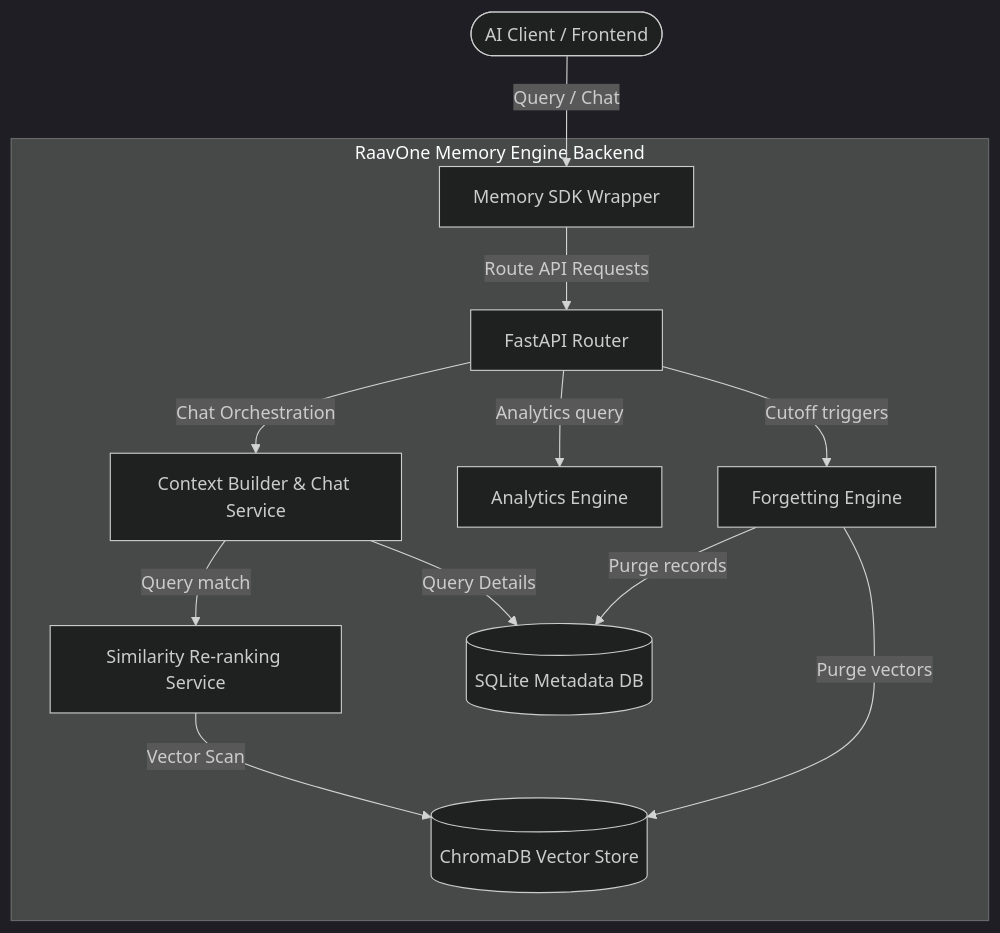
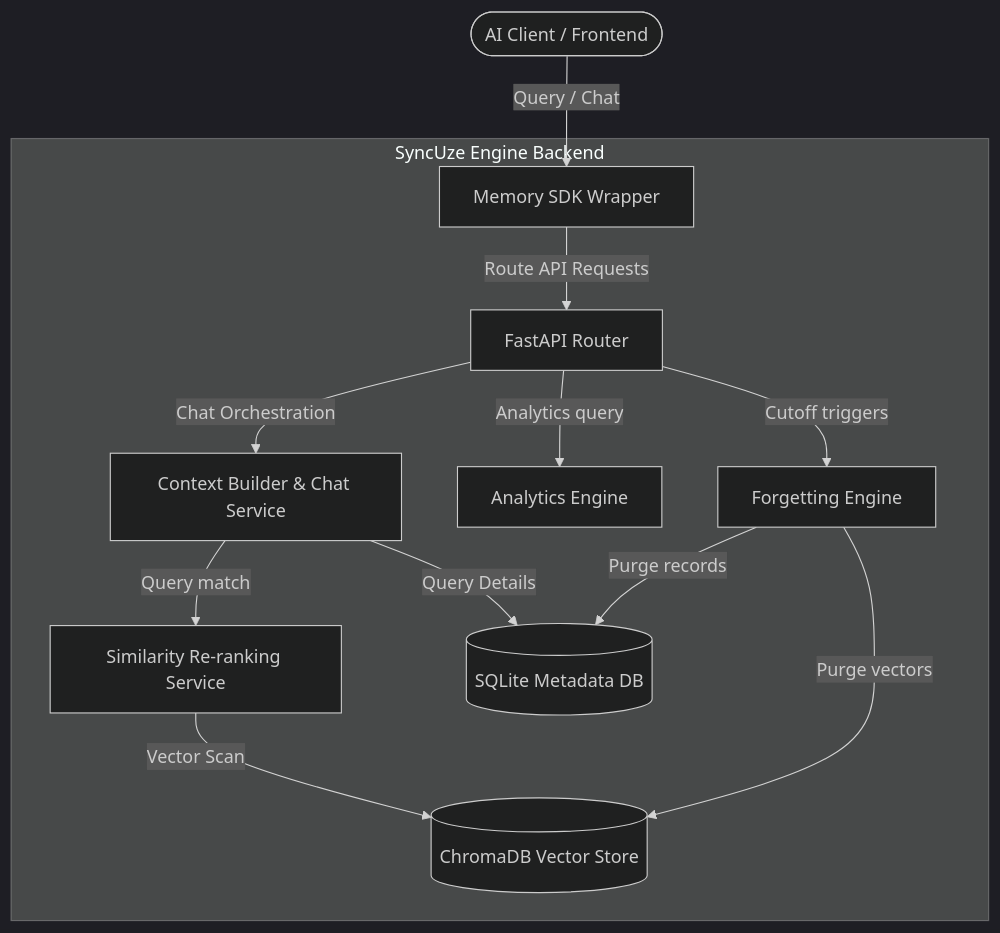
The first of 2 diagrams in README.md (mogesh-developer/SyncUze), drawn with Mermaid (dark theme) before and after one commit. The commit also changed other lines of this file and 56 other files, not shown here.

````diff
--- a/README.md
+++ b/README.md
@@ -49,18 +49,18 @@
 ```mermaid
 graph TD
     Client([AI Client / Frontend]) -->|Query / Chat| SDK[Memory SDK Wrapper]
     
-    subgraph "RaavOne Memory Engine Backend"
+    subgraph "SyncUze Engine Backend"
         SDK -->|Route API Requests| Router[FastAPI Router]
         Router -->|Chat Orchestration| ChatService[Context Builder & Chat Service]
         Router -->|Analytics query| AnalyticsService[Analytics Engine]
         Router -->|Cutoff triggers| ForgetService[Forgetting Engine]
         
         ChatService -->|Query match| SearchService[Similarity Re-ranking Service]
         SearchService -->|Vector Scan| Chroma[(ChromaDB Vector Store)]
         ChatService -->|Query Details| SQLite[(SQLite Metadata DB)]
     end
     
     ForgetService -->|Purge records| SQLite
     ForgetService -->|Purge vectors| Chroma
 ```
````
